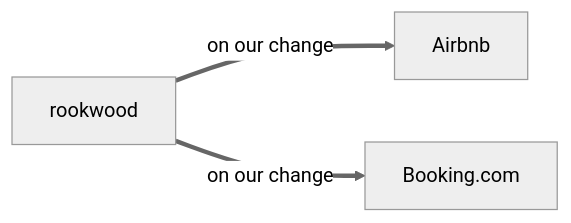
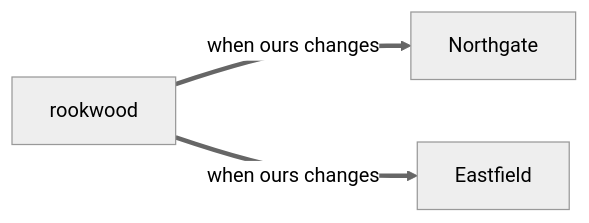
Before and after one commit to Neaox/quill: the sixth of 7 diagrams in packages/markdown/corpus/20-architecture-map.md, drawn with Mermaid (neutral theme). The commit also changed other lines of this file and 90 other files, not shown here.

````diff
--- a/packages/markdown/corpus/20-architecture-map.md
+++ b/packages/markdown/corpus/20-architecture-map.md
@@ -166,5 +166,5 @@
 ```mermaid
 flowchart LR
-  rookwood ==>|on our change| airbnb[Airbnb]
-  rookwood ==>|on our change| booking[Booking.com]
+  rookwood ==>|when ours changes| northgate[Northgate]
+  rookwood ==>|when ours changes| eastfield[Eastfield]
 ```
````
